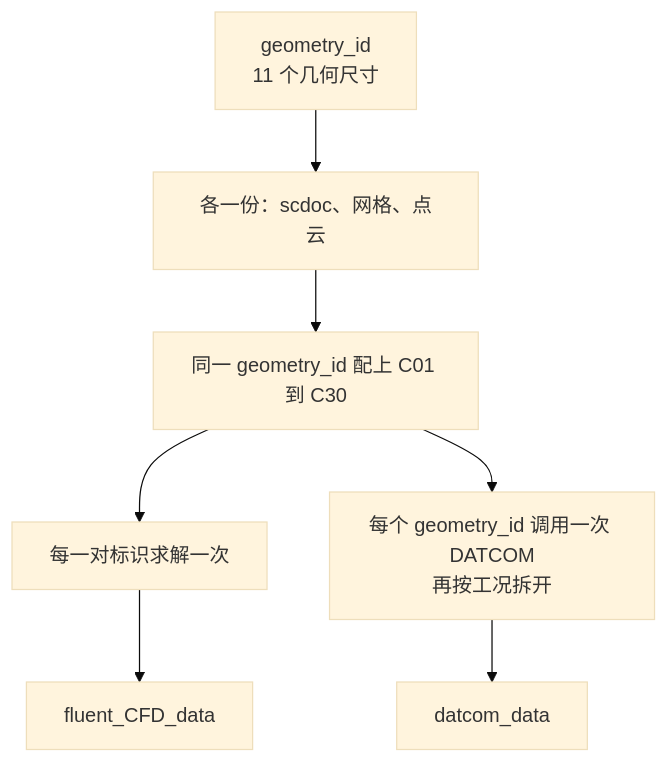
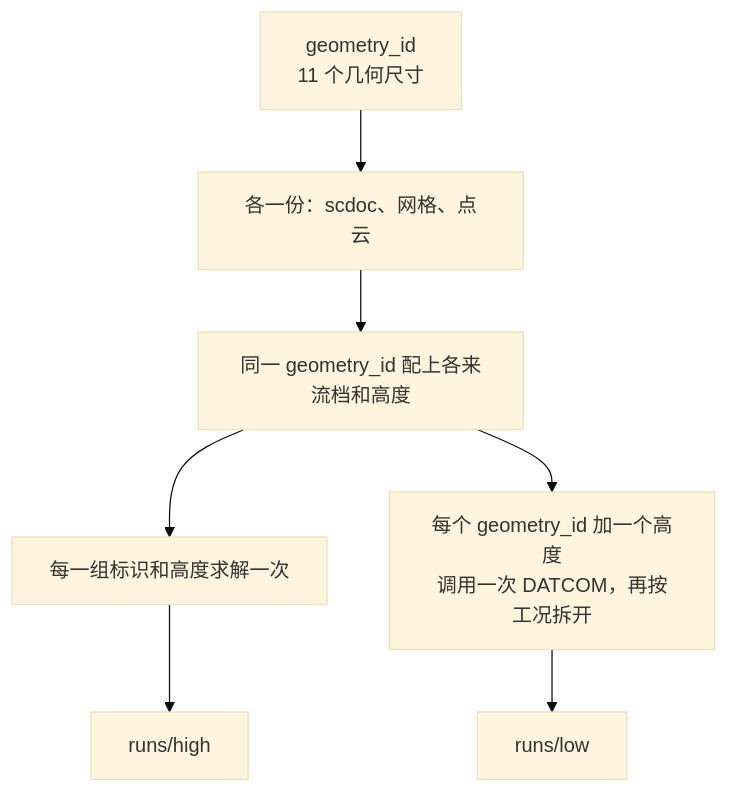
Before and after one commit to Chen-Xin-Yuan/AutoWorkflow-Spaceclaim-Fluent-ML: the second of 3 diagrams in myplan.md, drawn with Mermaid (base theme). The commit also changed other lines of this file and 40 other files, not shown here.

````diff
--- a/myplan.md
+++ b/myplan.md
@@ -151,15 +163,15 @@
 ```mermaid
 flowchart TD
   geom["geometry_id<br/>11 个几何尺寸"]
   shared["各一份：scdoc、网格、点云"]
-  cases["同一 geometry_id 配上 C01 到 C30"]
-  hq["每一对标识求解一次"]
-  lq["每个 geometry_id 调用一次 DATCOM<br/>再按工况拆开"]
+  cases["同一 geometry_id 配上各来流档和高度"]
+  hq["每一组标识和高度求解一次"]
+  lq["每个 geometry_id 加一个高度<br/>调用一次 DATCOM，再按工况拆开"]
 
   geom --> shared
   shared --> cases
   cases --> hq
   cases --> lq
-  hq --> high["fluent_CFD_data"]
-  lq --> low["datcom_data"]
+  hq --> high["runs/high"]
+  lq --> low["runs/low"]
 ```
````
